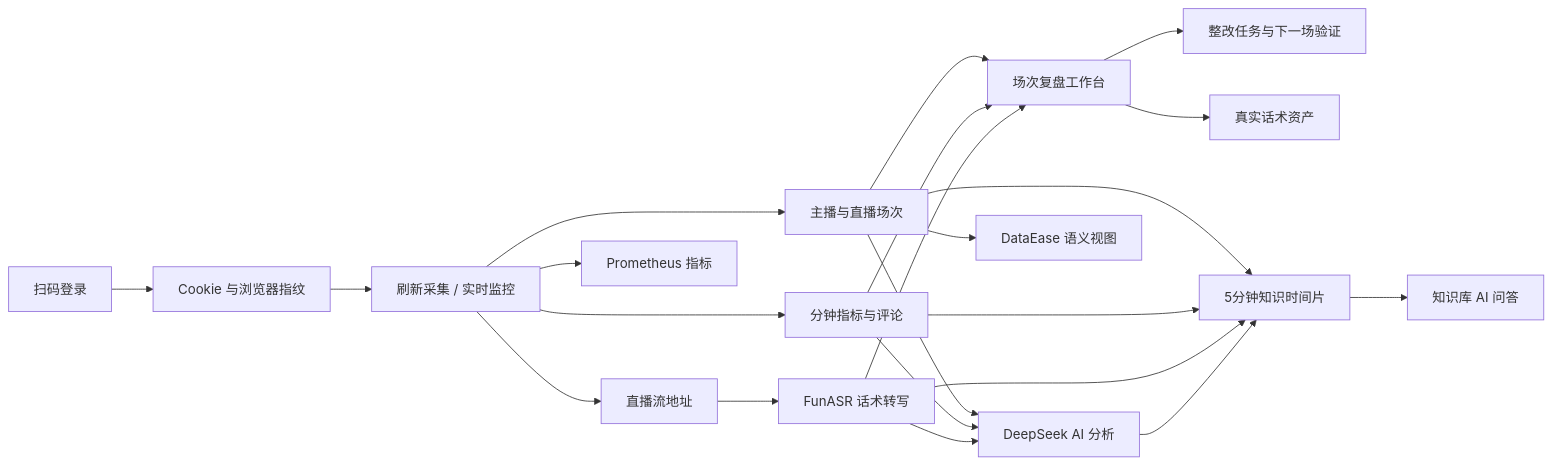
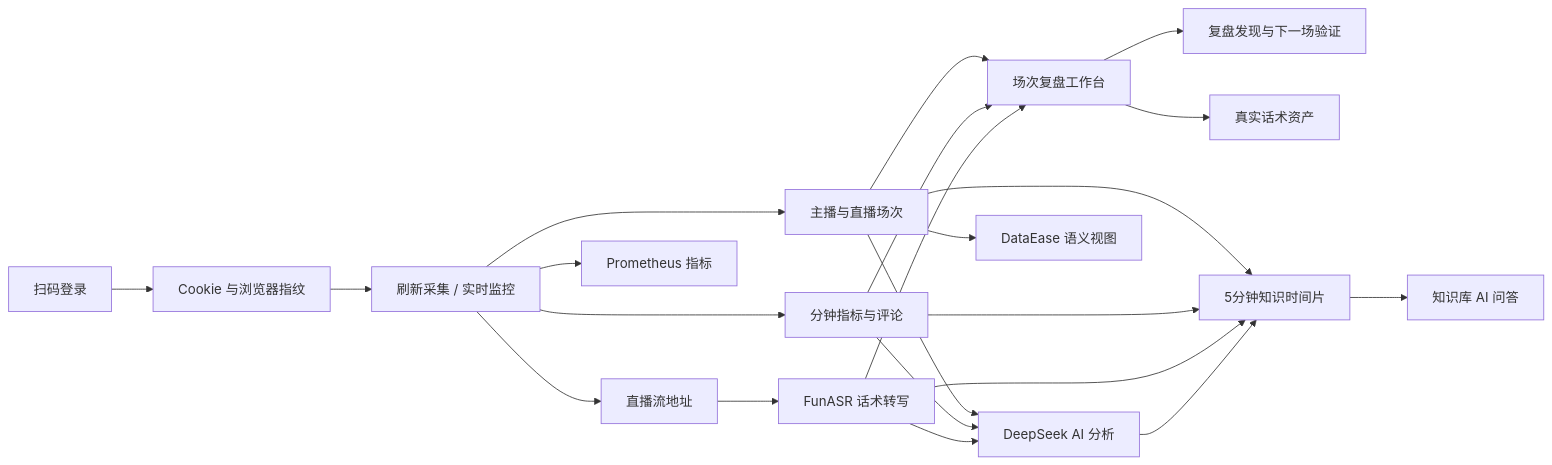
One commit to lppmql/douyinLive changed the diagram in README.md. Above: the diagram before and after it, drawn with Mermaid. The commit also changed other lines of this file and 7 other files, not shown here.

````diff
--- a/README.md
+++ b/README.md
@@ -33,24 +34,24 @@
 ```mermaid
 flowchart LR
     A[扫码登录] --> B[Cookie 与浏览器指纹]
     B --> C[刷新采集 / 实时监控]
     C --> D[主播与直播场次]
     C --> E[分钟指标与评论]
     C --> F[直播流地址]
     F --> G[FunASR 话术转写]
     D --> H[DeepSeek AI 分析]
     E --> H
     G --> H
     D --> M[场次复盘工作台]
     E --> M
     G --> M
-    M --> N[整改任务与下一场验证]
+    M --> N[复盘发现与下一场验证]
     M --> O[真实话术资产]
     D --> I[5分钟知识时间片]
     E --> I
     G --> I
     H --> I
     I --> J[知识库 AI 问答]
     D --> K[DataEase 语义视图]
     C --> L[Prometheus 指标]
 ```
````
